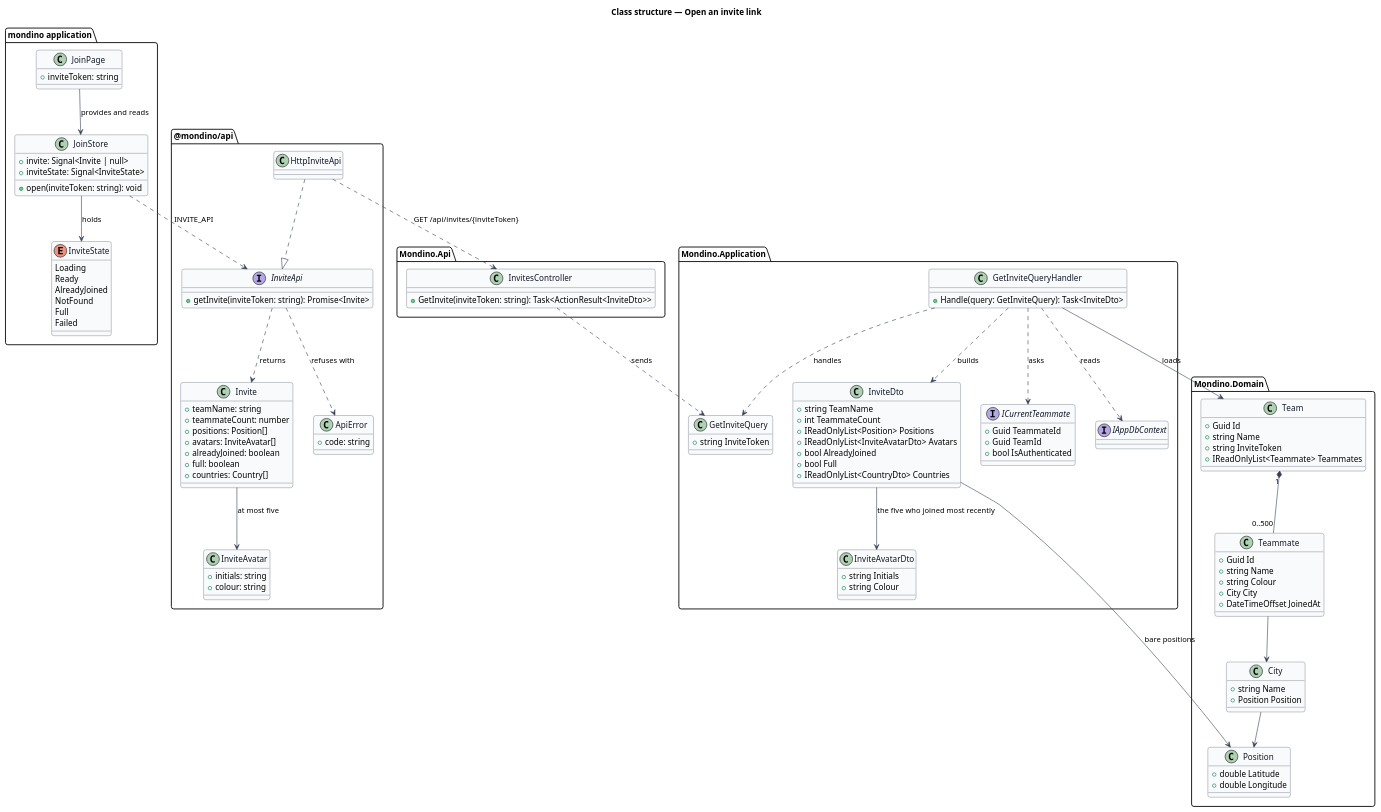
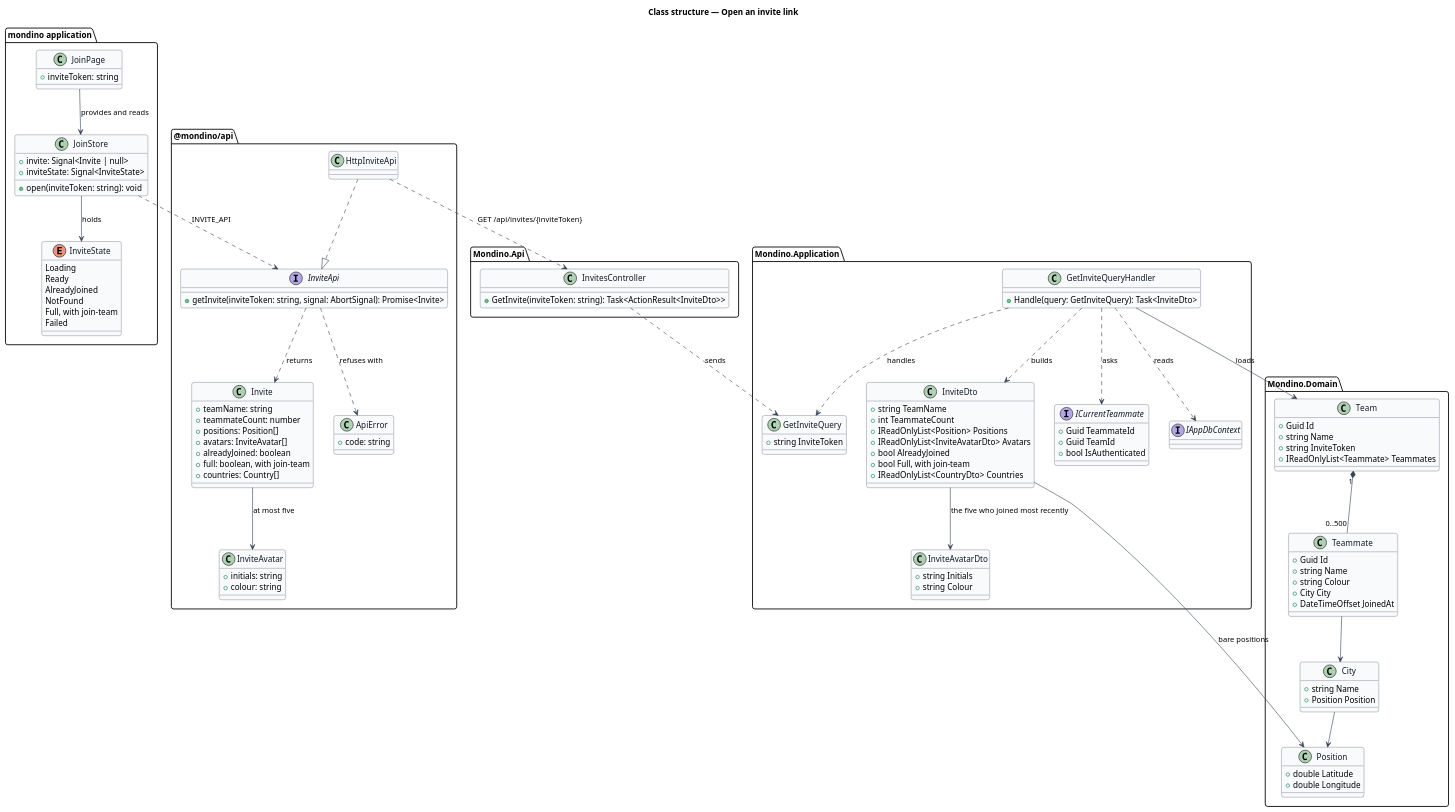
The diagram in docs/detailed-designs/joining/open-invite-link/diagrams/class-structure.puml (QuinntyneBrown/Mondino), drawn with PlantUML before and after one commit. The commit also changed 3 other files, not shown here.

```diff
--- a/docs/detailed-designs/joining/open-invite-link/diagrams/class-structure.puml
+++ b/docs/detailed-designs/joining/open-invite-link/diagrams/class-structure.puml
@@ -1,131 +1,131 @@
 @startuml
 set namespaceSeparator none
 skinparam backgroundColor #FFFFFF
 skinparam shadowing false
 skinparam roundcorner 8
 skinparam defaultFontName Arial
 skinparam ArrowColor #344054
 skinparam class {
   BorderColor #344054
   FontColor #101828
   BackgroundColor #F9FAFB
 }
 
 title Class structure — Open an invite link
 
 package "mondino application" {
   class JoinPage {
     +inviteToken: string
   }
   class JoinStore {
     +invite: Signal<Invite | null>
     +inviteState: Signal<InviteState>
     +open(inviteToken: string): void
   }
   enum InviteState {
     Loading
     Ready
     AlreadyJoined
     NotFound
-    Full
+    Full, with join-team
     Failed
   }
 }
 package "@mondino/api" {
   interface InviteApi {
-    +getInvite(inviteToken: string): Promise<Invite>
+    +getInvite(inviteToken: string, signal: AbortSignal): Promise<Invite>
   }
   class HttpInviteApi
   class Invite {
     +teamName: string
     +teammateCount: number
     +positions: Position[]
     +avatars: InviteAvatar[]
     +alreadyJoined: boolean
-    +full: boolean
+    +full: boolean, with join-team
     +countries: Country[]
   }
   class InviteAvatar {
     +initials: string
     +colour: string
   }
   class ApiError {
     +code: string
   }
 }
 package "Mondino.Api" {
   class InvitesController {
     +GetInvite(inviteToken: string): Task<ActionResult<InviteDto>>
   }
 }
 package "Mondino.Application" {
   class GetInviteQuery {
     +string InviteToken
   }
   class GetInviteQueryHandler {
     +Handle(query: GetInviteQuery): Task<InviteDto>
   }
   class InviteDto {
     +string TeamName
     +int TeammateCount
     +IReadOnlyList<Position> Positions
     +IReadOnlyList<InviteAvatarDto> Avatars
     +bool AlreadyJoined
-    +bool Full
+    +bool Full, with join-team
     +IReadOnlyList<CountryDto> Countries
   }
   class InviteAvatarDto {
     +string Initials
     +string Colour
   }
   interface ICurrentTeammate {
     +Guid TeammateId
     +Guid TeamId
     +bool IsAuthenticated
   }
   interface IAppDbContext
 }
 package "Mondino.Domain" {
   class Team {
     +Guid Id
     +string Name
     +string InviteToken
     +IReadOnlyList<Teammate> Teammates
   }
   class Teammate {
     +Guid Id
     +string Name
     +string Colour
     +City City
     +DateTimeOffset JoinedAt
   }
   class City {
     +string Name
     +Position Position
   }
   class Position {
     +double Latitude
     +double Longitude
   }
 }
 
 JoinPage --> JoinStore : provides and reads
 JoinStore --> InviteState : holds
 JoinStore ..> InviteApi : INVITE_API
 HttpInviteApi ..|> InviteApi
 InviteApi ..> Invite : returns
 Invite --> InviteAvatar : at most five
 InviteApi ..> ApiError : refuses with
 HttpInviteApi ..> InvitesController : GET /api/invites/{inviteToken}
 InvitesController ..> GetInviteQuery : sends
 GetInviteQueryHandler ..> GetInviteQuery : handles
 GetInviteQueryHandler ..> InviteDto : builds
 GetInviteQueryHandler ..> ICurrentTeammate : asks
 GetInviteQueryHandler ..> IAppDbContext : reads
 GetInviteQueryHandler --> Team : loads
 Team "1" *-- "0..500" Teammate
 Teammate --> City
 City --> Position
 InviteDto --> Position : bare positions
 InviteDto --> InviteAvatarDto : the five who joined most recently
 @enduml
```
